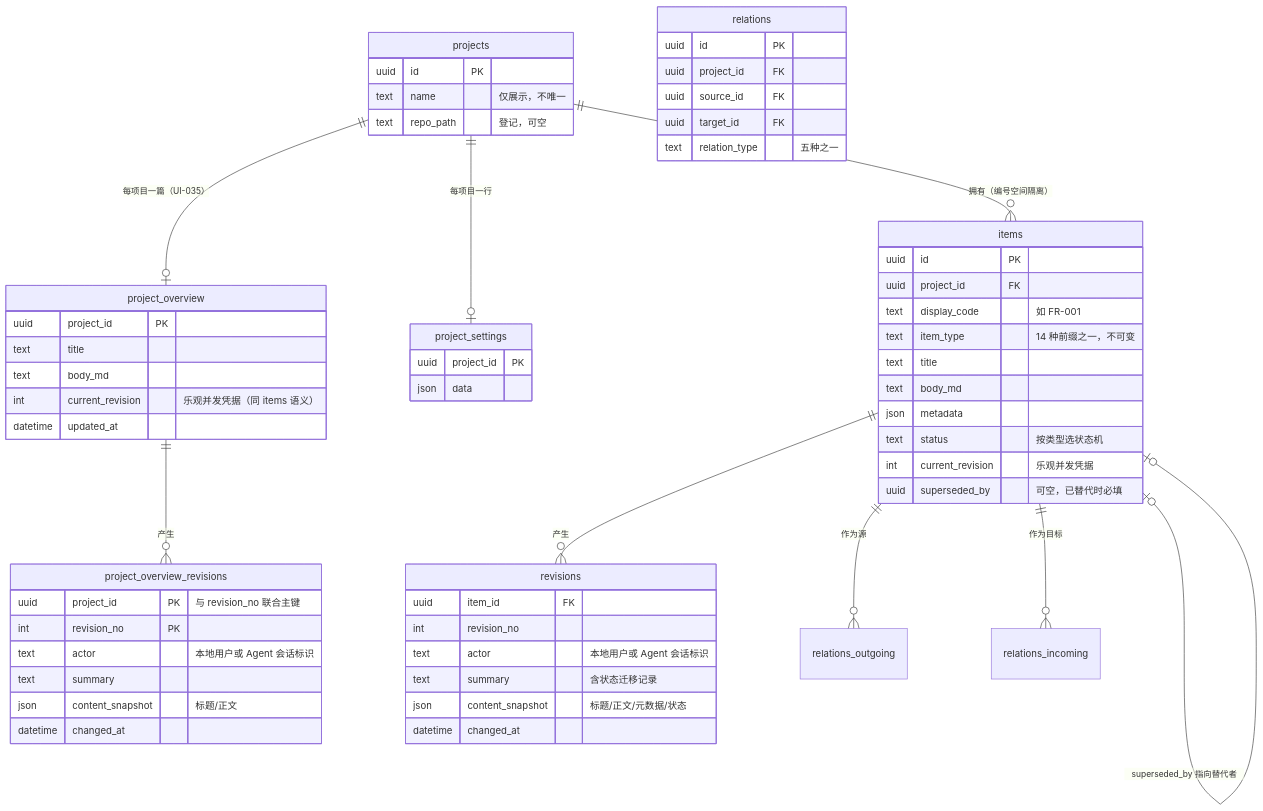
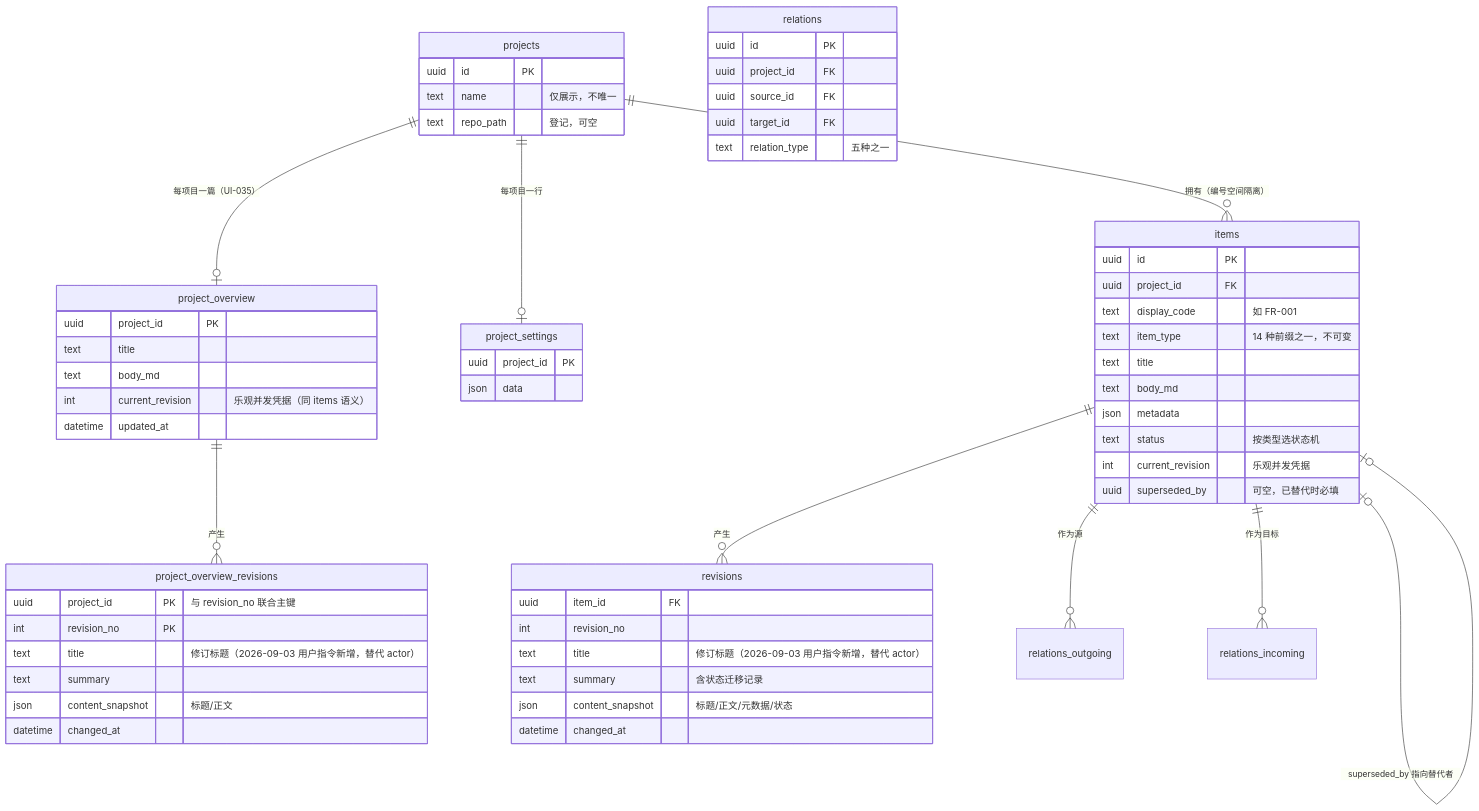
Before and after one commit to Kommisaar/relay-harbor: the diagram in docs/design/05-detailed-design/data-model.md, drawn with Mermaid. The commit also changed other lines of this file and 26 other files, not shown here.

````diff
--- a/docs/design/05-detailed-design/data-model.md
+++ b/docs/design/05-detailed-design/data-model.md
@@ -8,63 +8,63 @@
 ```mermaid
 erDiagram
     projects ||--o{ items : "拥有（编号空间隔离）"
     projects ||--o| project_settings : "每项目一行"
     projects ||--o| project_overview : "每项目一篇（UI-035）"
     project_overview ||--o{ project_overview_revisions : "产生"
     items ||--o{ revisions : "产生"
     items ||--o{ relations_outgoing : "作为源"
     items ||--o{ relations_incoming : "作为目标"
     items |o--o| items : "superseded_by 指向替代者"
 
     projects {
         uuid id PK
         text name "仅展示，不唯一"
         text repo_path "登记，可空"
     }
     items {
         uuid id PK
         uuid project_id FK
         text display_code "如 FR-001"
         text item_type "14 种前缀之一，不可变"
         text title
         text body_md
         json metadata
         text status "按类型选状态机"
         int current_revision "乐观并发凭据"
         uuid superseded_by "可空，已替代时必填"
     }
     revisions {
         uuid item_id FK
         int revision_no
-        text actor "本地用户或 Agent 会话标识"
+        text title "修订标题（2026-09-03 用户指令新增，替代 actor）"
         text summary "含状态迁移记录"
         json content_snapshot "标题/正文/元数据/状态"
         datetime changed_at
     }
     relations {
         uuid id PK
         uuid project_id FK
         uuid source_id FK
         uuid target_id FK
         text relation_type "五种之一"
     }
     project_settings {
         uuid project_id PK
         json data
     }
     project_overview {
         uuid project_id PK
         text title
         text body_md
         int current_revision "乐观并发凭据（同 items 语义）"
         datetime updated_at
     }
     project_overview_revisions {
         uuid project_id PK "与 revision_no 联合主键"
         int revision_no PK
-        text actor "本地用户或 Agent 会话标识"
+        text title "修订标题（2026-09-03 用户指令新增，替代 actor）"
         text summary
         json content_snapshot "标题/正文"
         datetime changed_at
     }
 ```
````
